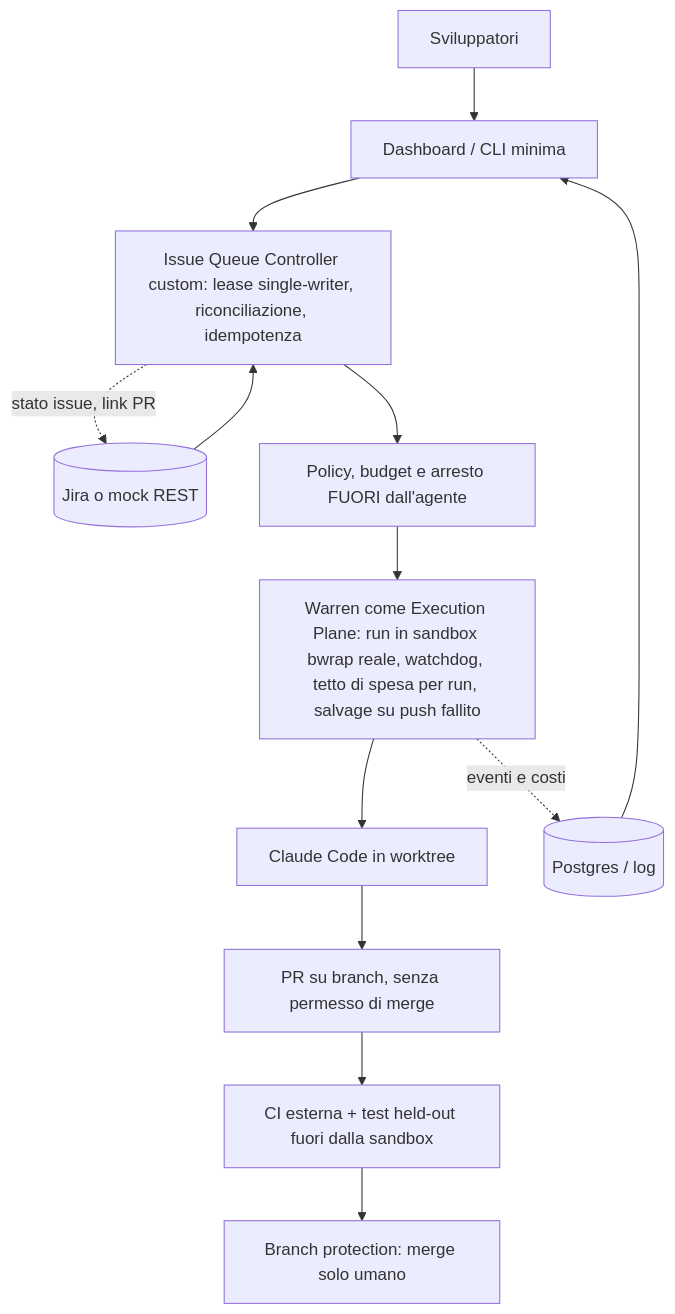
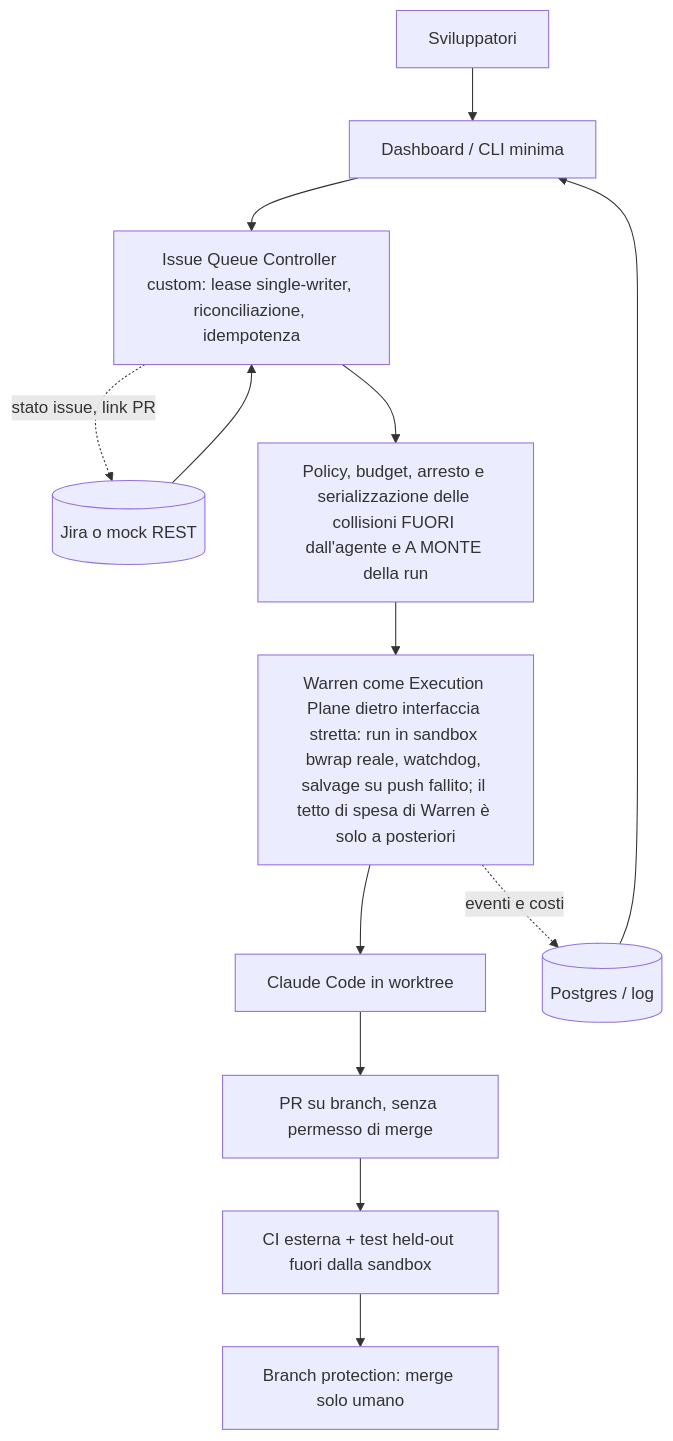
Before and after one commit to dibbiii/team-agent-evaluation: the diagram in reports/FINAL-RECOMMENDATION.md, drawn with Mermaid. The commit also changed other lines of this file and 8 other files, not shown here.

````diff
--- a/reports/FINAL-RECOMMENDATION.md
+++ b/reports/FINAL-RECOMMENDATION.md
@@ -62,15 +109,15 @@
 ```mermaid
 flowchart TB
   Dev[Sviluppatori] --> UI[Dashboard / CLI minima]
   Jira[(Jira o mock REST)] --> QC[Issue Queue Controller custom: lease single-writer, riconciliazione, idempotenza]
   UI --> QC
-  QC --> POL[Policy, budget e arresto FUORI dall'agente]
-  POL --> SBX[Warren come Execution Plane: run in sandbox bwrap reale, watchdog, tetto di spesa per run, salvage su push fallito]
+  QC --> POL[Policy, budget, arresto e serializzazione delle collisioni FUORI dall'agente e A MONTE della run]
+  POL --> SBX[Warren come Execution Plane dietro interfaccia stretta: run in sandbox bwrap reale, watchdog, salvage su push fallito; il tetto di spesa di Warren è solo a posteriori]
   SBX --> CC[Claude Code in worktree]
   CC --> PR[PR su branch, senza permesso di merge]
   PR --> CI[CI esterna + test held-out fuori dalla sandbox]
   CI --> BP[Branch protection: merge solo umano]
   QC -. stato issue, link PR .-> Jira
   SBX -. eventi e costi .-> OBS[(Postgres / log)]
   OBS --> UI
 ```
````
